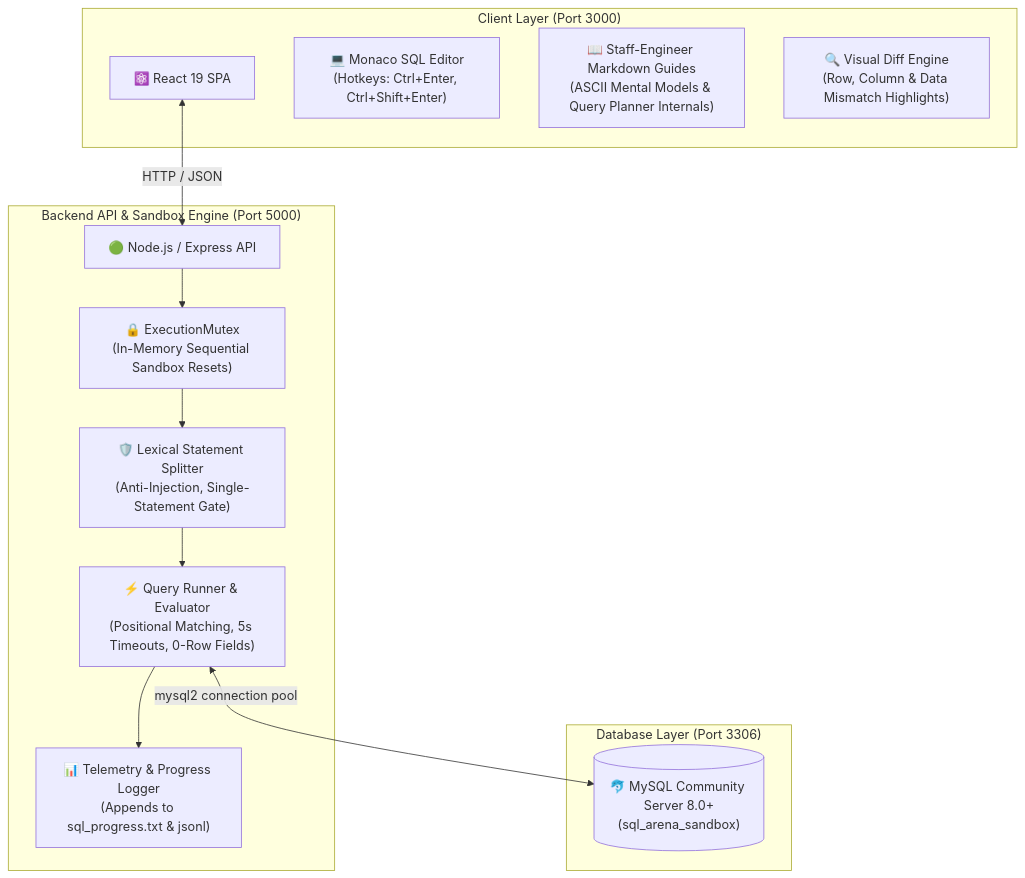
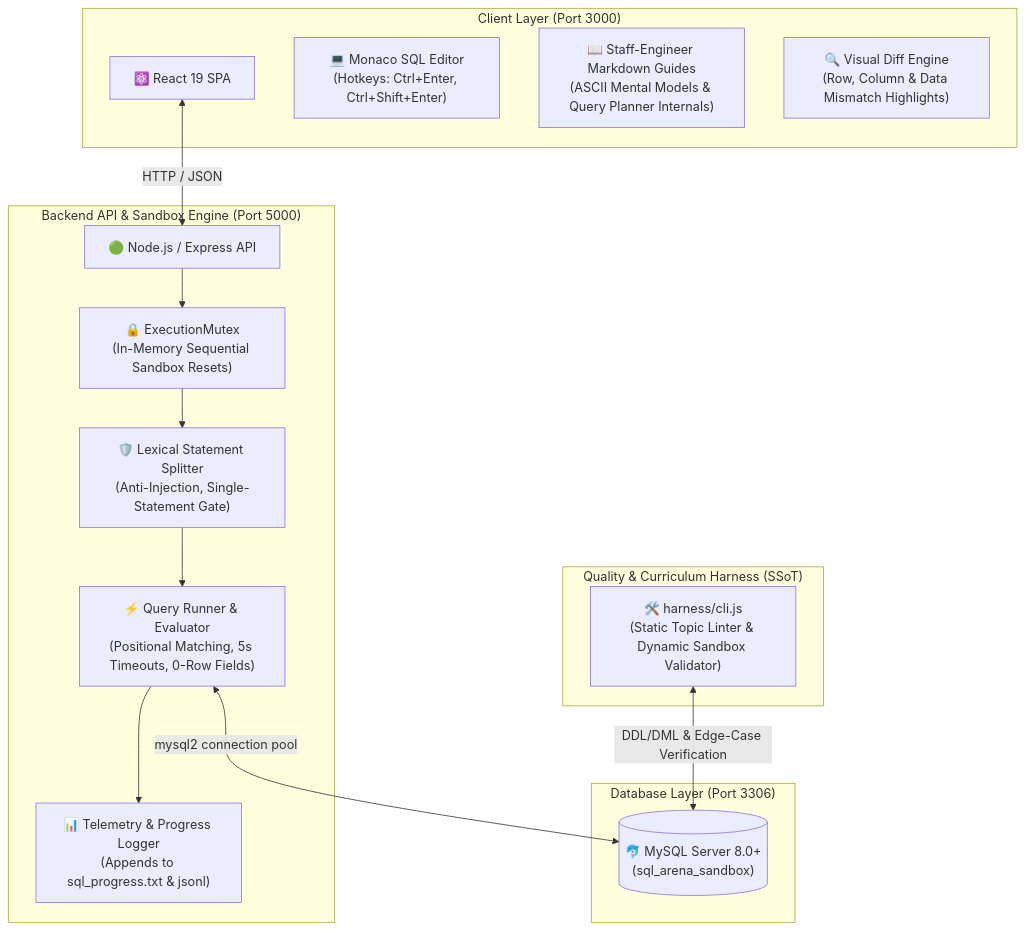
The diagram in README.md (bapatata688/SQL_arena), drawn with Mermaid before and after one commit. The commit also changed other lines of this file and 16 other files, not shown here.

Commit message:
feat: add Module 12 (EXISTS/NOT EXISTS), curriculum harness CLI, and bilingual README (EN/ES)

````diff
--- a/README.md
+++ b/README.md
@@ -33,28 +35,33 @@
 ```mermaid
 flowchart TD
     subgraph Client ["Client Layer (Port 3000)"]
         UI["⚛️ React 19 SPA"]
         Editor["💻 Monaco SQL Editor\n(Hotkeys: Ctrl+Enter, Ctrl+Shift+Enter)"]
         Guides["📖 Staff-Engineer Markdown Guides\n(ASCII Mental Models & Query Planner Internals)"]
         DiffUI["🔍 Visual Diff Engine\n(Row, Column & Data Mismatch Highlights)"]
     end
 
     subgraph Server ["Backend API & Sandbox Engine (Port 5000)"]
         Express["🟢 Node.js / Express API"]
         Mutex["🔒 ExecutionMutex\n(In-Memory Sequential Sandbox Resets)"]
         Parser["🛡️ Lexical Statement Splitter\n(Anti-Injection, Single-Statement Gate)"]
         Runner["⚡ Query Runner & Evaluator\n(Positional Matching, 5s Timeouts, 0-Row Fields)"]
         Telem["📊 Telemetry & Progress Logger\n(Appends to sql_progress.txt & jsonl)"]
     end
 
+    subgraph Harness ["Quality & Curriculum Harness (SSoT)"]
+        CLI["🛠️ harness/cli.js\n(Static Topic Linter & Dynamic Sandbox Validator)"]
+    end
+
     subgraph Database ["Database Layer (Port 3306)"]
-        MySQL[("🐬 MySQL Community Server 8.0+\n(sql_arena_sandbox)")]
+        MySQL[("🐬 MySQL Server 8.0+\n(sql_arena_sandbox)")]
     end
 
     UI <-->|HTTP / JSON| Express
     Express --> Mutex
     Mutex --> Parser
     Parser --> Runner
     Runner <-->|mysql2 connection pool| MySQL
     Runner --> Telem
+    CLI <-->|DDL/DML & Edge-Case Verification| MySQL
 ```
````
